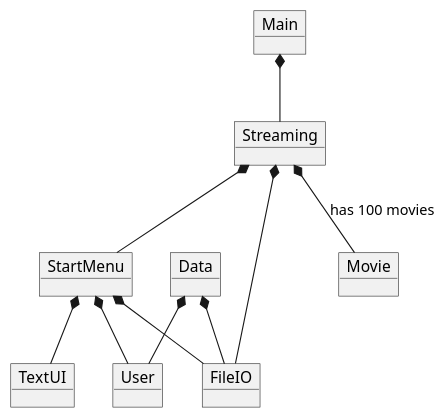
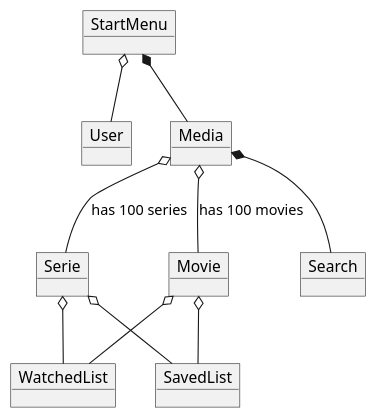
One commit to Madihakhan1/SP3 changed the diagram in .idea/Doc/Domainmodel.puml. Above: the diagram before and after it, drawn with PlantUML. The commit also changed other lines of this file and 1 other file, not shown here.

```diff
--- a/.idea/Doc/Domainmodel.puml
+++ b/.idea/Doc/Domainmodel.puml
@@ -1,28 +1,33 @@
 @startuml
 'https://plantuml.com/object-diagram
 
-object Main
 object StartMenu
-object Streaming
 object User
 object Movie
-object FileIO
-object TextUI
-object Data
+object Serie
+object Media
+object WatchedList
+object SavedList
+object Search
 
 
+StartMenu o-- User
+StartMenu *-- Media
 
-Main *-- Streaming
-Streaming *--StartMenu
-StartMenu *-- User
-StartMenu *--FileIO
-Streaming *-- FileIO
-StartMenu *-- TextUI
-Streaming *-- Movie : has 100 movies
-Data *-- User
-Data *-- FileIO
+
+Media o-- Serie:has 100 series
+Media o-- Movie:has 100 movies
+Media *-- Search
+
+
+Movie o-- WatchedList
+Movie o-- SavedList
+
+Serie o-- WatchedList
+Serie o-- SavedList
+
 
 
 
 
 @enduml
```
